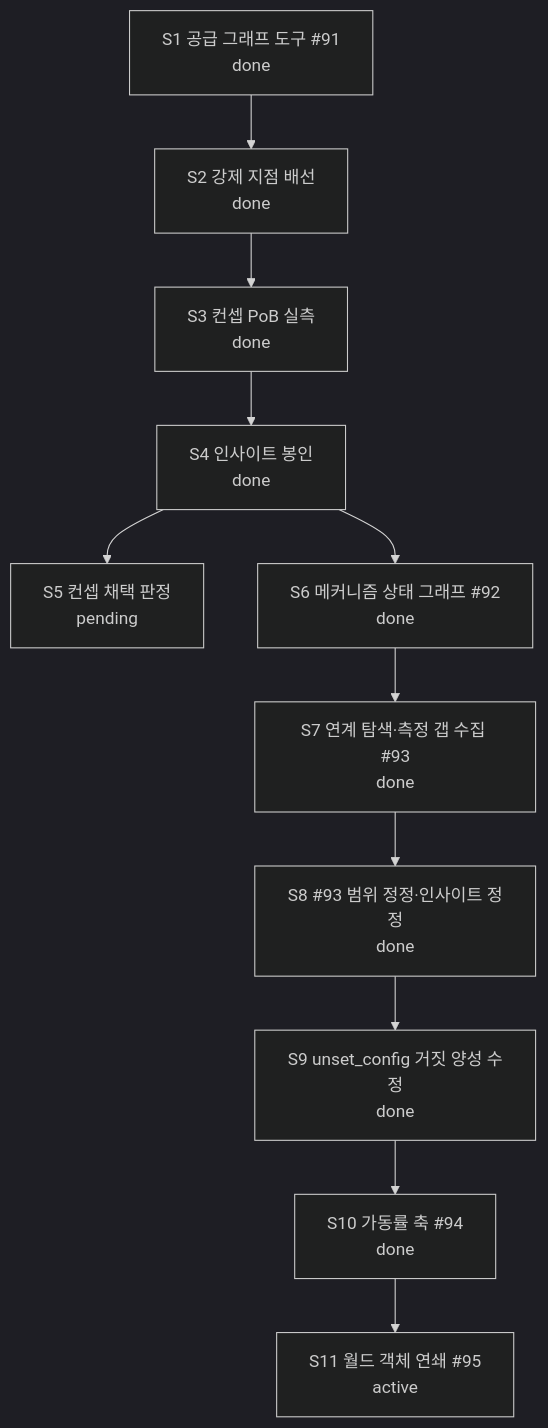
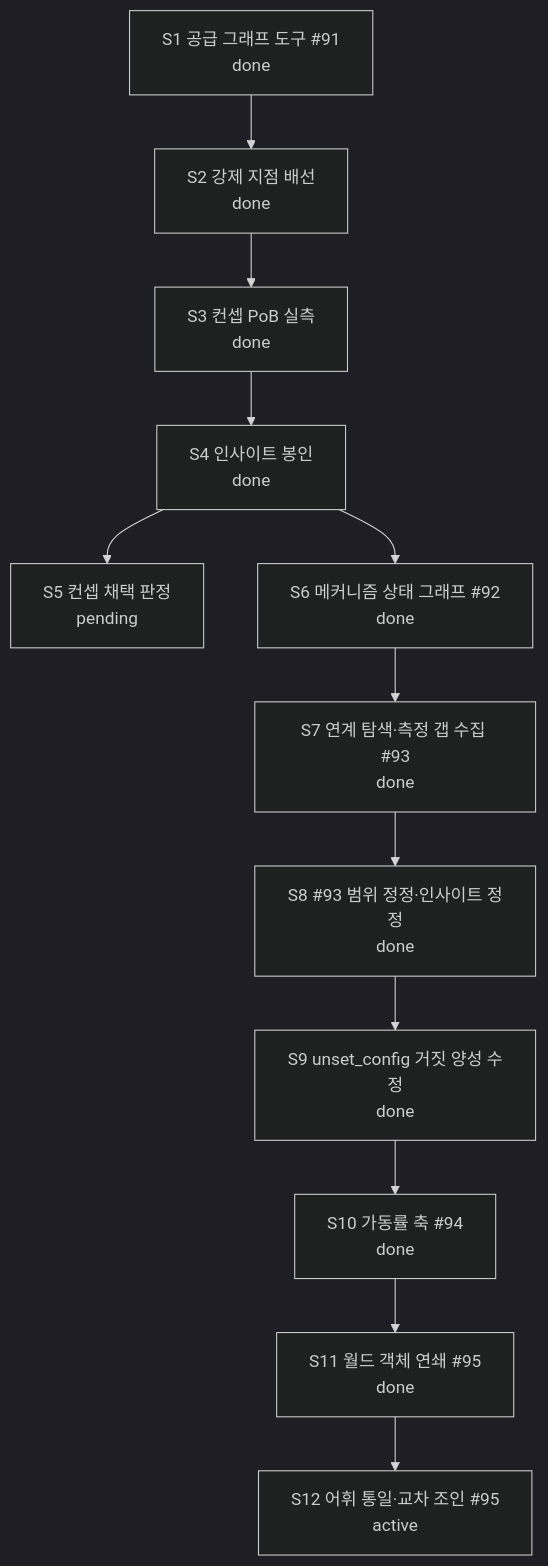
Before and after one commit to skerfolg/poe2-ai-wiki: the diagram in docs/CURRENT-PLAN.md, drawn with Mermaid (dark theme). The commit also changed other lines of this file and 10 other files, not shown here.

````diff
--- a/docs/CURRENT-PLAN.md
+++ b/docs/CURRENT-PLAN.md
@@ -22,16 +22,17 @@
 ```mermaid
 flowchart TD
   TOOL["S1 공급 그래프 도구 #91<br/>done"]
   WIRE["S2 강제 지점 배선<br/>done"]
   MEASURE["S3 컨셉 PoB 실측<br/>done"]
   SEAL["S4 인사이트 봉인<br/>done"]
   VERDICT["S5 컨셉 채택 판정<br/>pending"]
   MECH["S6 메커니즘 상태 그래프 #92<br/>done"]
   GAPS["S7 연계 탐색·측정 갭 수집 #93<br/>done"]
   FIX["S8 #93 범위 정정·인사이트 정정<br/>done"]
   ROOT["S9 unset_config 거짓 양성 수정<br/>done"]
   UP["S10 가동률 축 #94<br/>done"]
-  OBJ["S11 월드 객체 연쇄 #95<br/>active"]
+  OBJ["S11 월드 객체 연쇄 #95<br/>done"]
+  XW["S12 어휘 통일·교차 조인 #95<br/>active"]
   TOOL --> WIRE --> MEASURE --> SEAL --> VERDICT
-  SEAL --> MECH --> GAPS --> FIX --> ROOT --> UP --> OBJ
+  SEAL --> MECH --> GAPS --> FIX --> ROOT --> UP --> OBJ --> XW
 ```
````
